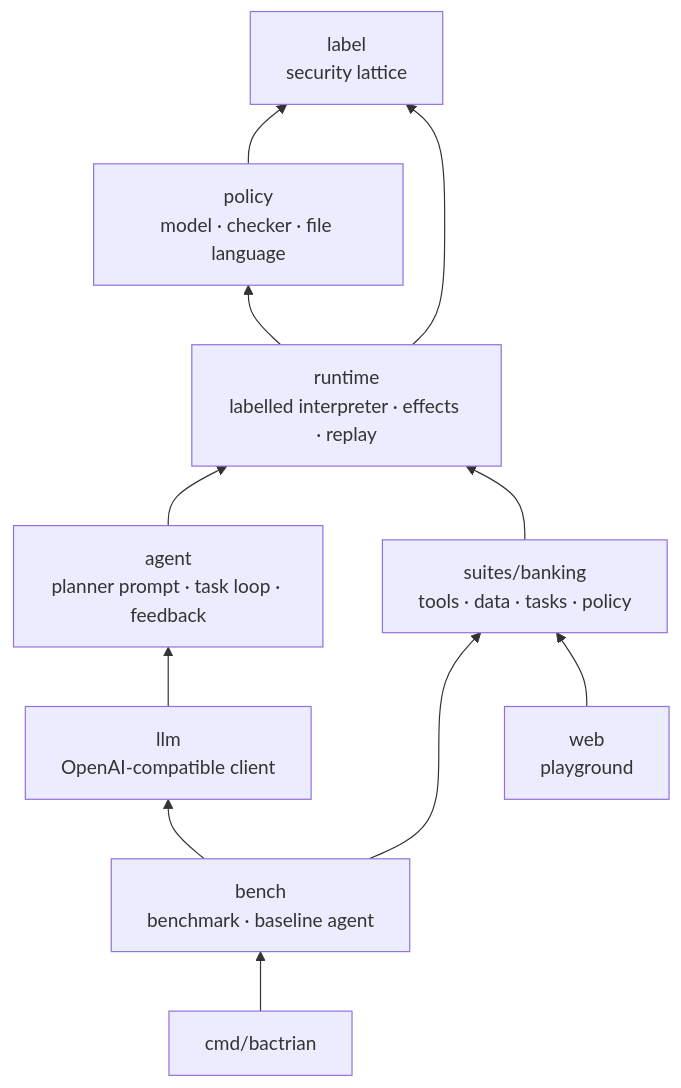
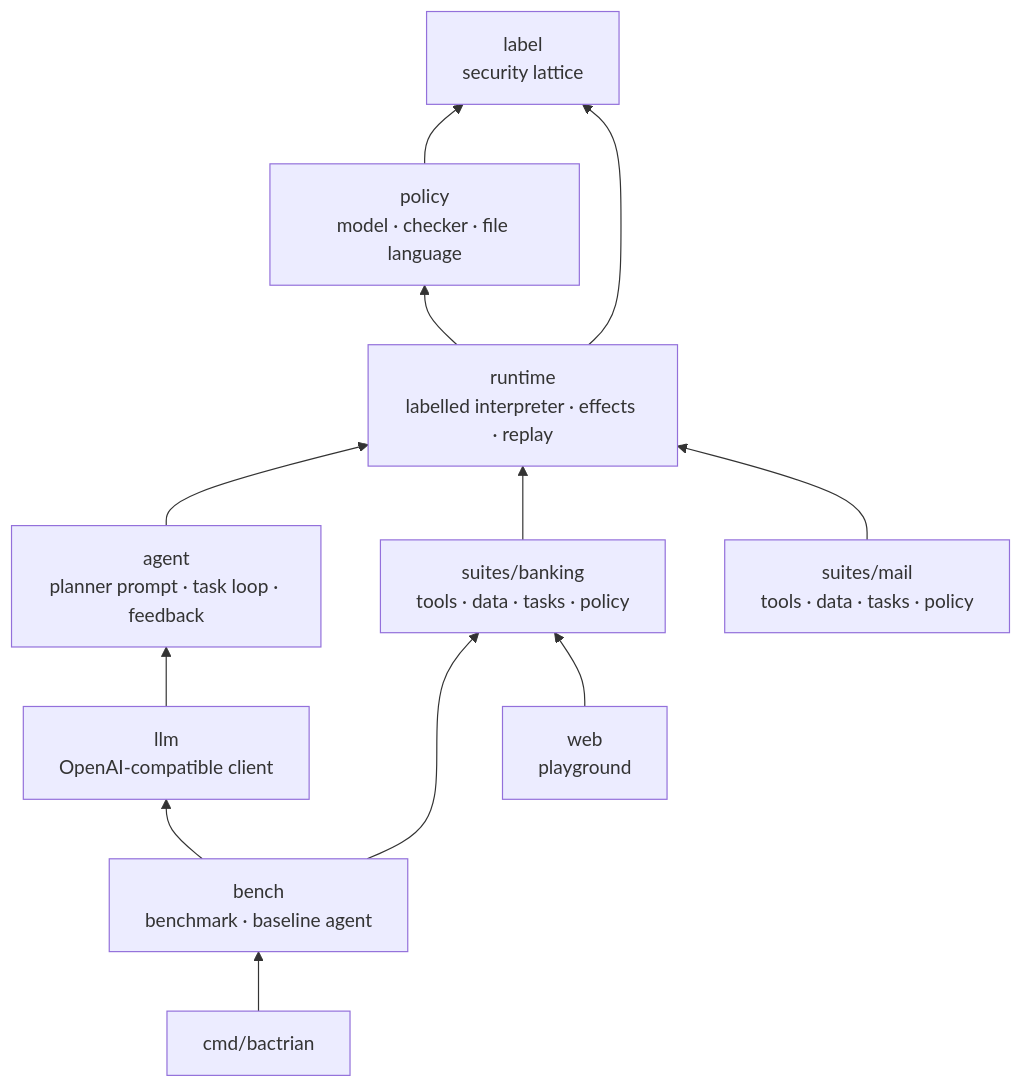
The diagram in docs/architecture.md (wangzh12023/bactrian), drawn with Mermaid before and after one commit. The commit also changed other lines of this file and 6 other files, not shown here.

````diff
--- a/docs/architecture.md
+++ b/docs/architecture.md
@@ -5,22 +5,24 @@
 ```mermaid
 flowchart BT
   label[label<br/>security lattice]
   policy[policy<br/>model · checker · file language]
   runtime[runtime<br/>labelled interpreter · effects · replay]
   agent[agent<br/>planner prompt · task loop · feedback]
   llm[llm<br/>OpenAI-compatible client]
   banking[suites/banking<br/>tools · data · tasks · policy]
+  mail[suites/mail<br/>tools · data · tasks · policy]
   bench[bench<br/>benchmark · baseline agent]
   cli[cmd/bactrian]
   web[web<br/>playground]
   policy --> label
   runtime --> policy
   runtime --> label
   agent --> runtime
   llm --> agent
   banking --> runtime
+  mail --> runtime
   bench --> llm
   bench --> banking
   cli --> bench
   web --> banking
 ```
````
